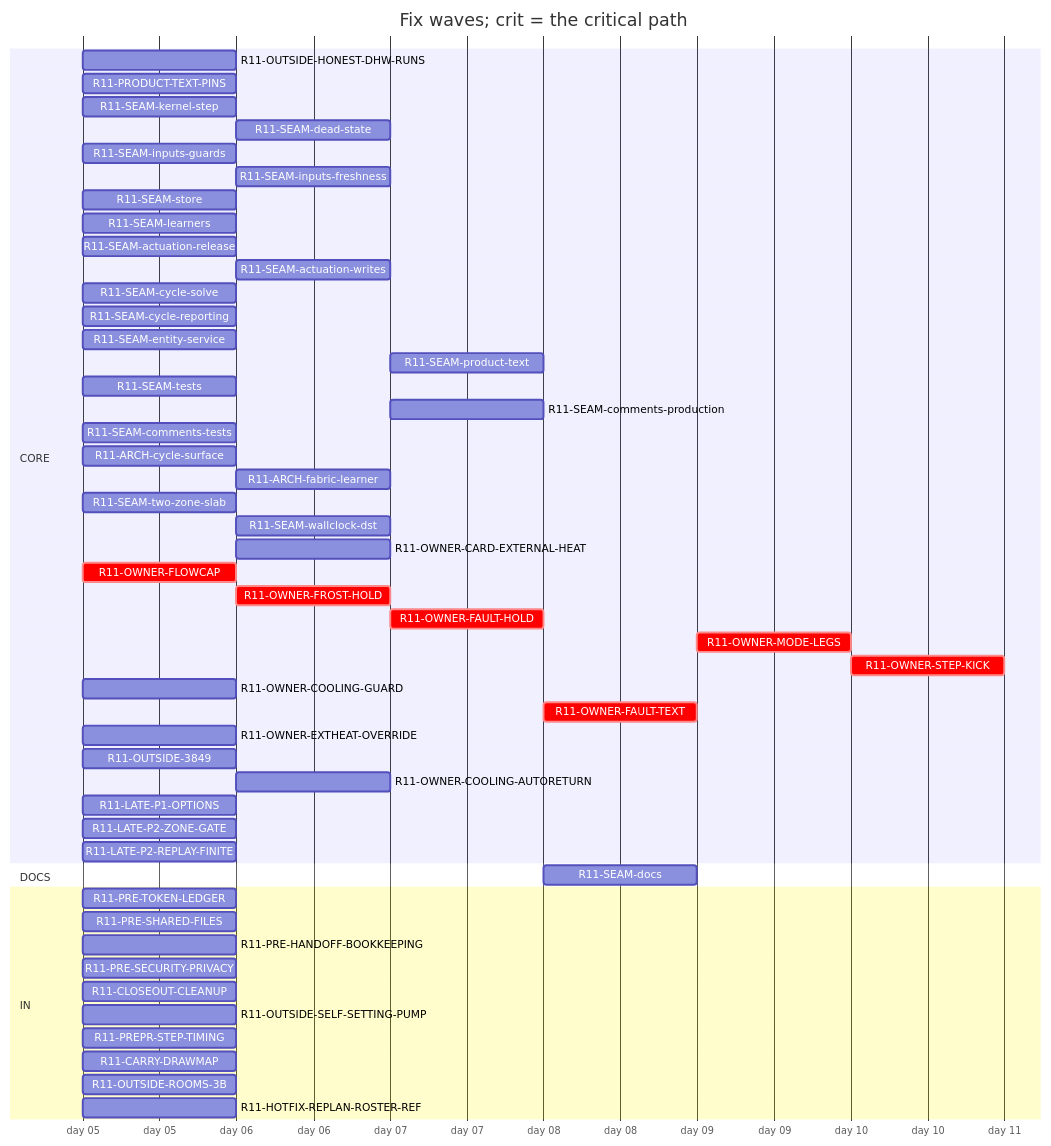
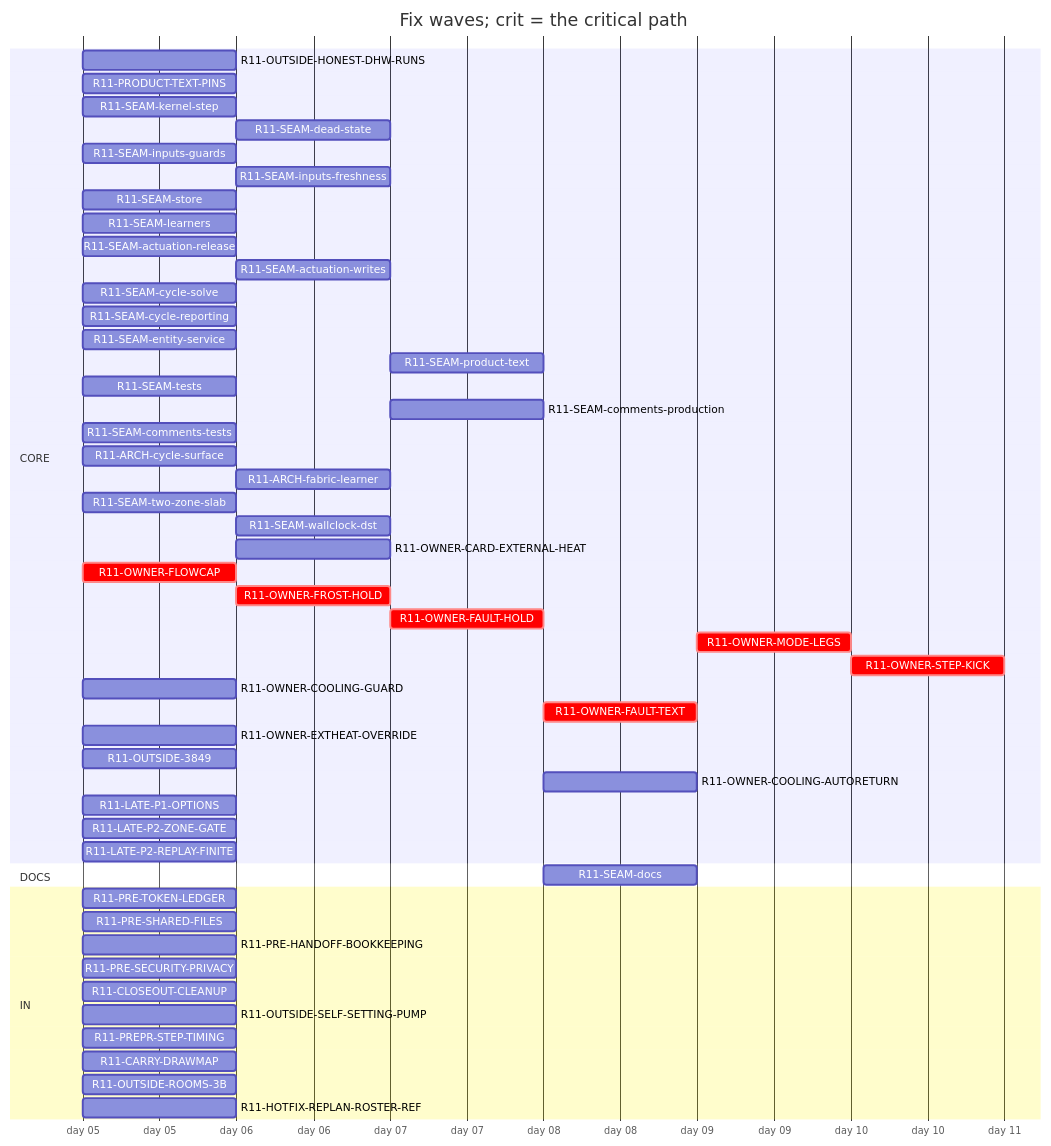
One commit to tvofi/heatpump_optimizer changed the diagram in handoff/round11/state/PLAN-TABLE.md. Above: the diagram before and after it, drawn with Mermaid. The commit also changed other lines of this file and 3 other files, not shown here.

Commit message:
state: FLOW-BOARD.md, NEXT-SESSION-PROMPT.md, PLAN-TABLE.md, PLAN.html, RESUME-CURRENT.md regenerated (state_docs.py)

````diff
--- a/handoff/round11/state/PLAN-TABLE.md
+++ b/handoff/round11/state/PLAN-TABLE.md
@@ -16,55 +16,55 @@
 ```mermaid
 gantt
   title Fix waves; crit = the critical path
   dateFormat YYYY-MM-DD
   axisFormat day %d
   section CORE
     R11-OUTSIDE-HONEST-DHW-RUNS :r11OUTSIDEHONESTDHWRUNS, 2026-01-05, 1d
     R11-PRODUCT-TEXT-PINS :r11PRODUCTTEXTPINS, 2026-01-05, 1d
     R11-SEAM-kernel-step :r11SEAMkernelstep, 2026-01-05, 1d
     R11-SEAM-dead-state :r11SEAMdeadstate, after r11SEAMstore, 1d
     R11-SEAM-inputs-guards :r11SEAMinputsguards, 2026-01-05, 1d
     R11-SEAM-inputs-freshness :r11SEAMinputsfreshness, after r11SEAMkernelstep, 1d
     R11-SEAM-store :r11SEAMstore, 2026-01-05, 1d
     R11-SEAM-learners :r11SEAMlearners, 2026-01-05, 1d
     R11-SEAM-actuation-release :r11SEAMactuationrelease, 2026-01-05, 1d
     R11-SEAM-actuation-writes :r11SEAMactuationwrites, after r11SEAMkernelstep r11SEAMactuationrelease, 1d
     R11-SEAM-cycle-solve :r11SEAMcyclesolve, 2026-01-05, 1d
     R11-SEAM-cycle-reporting :r11SEAMcyclereporting, 2026-01-05, 1d
     R11-SEAM-entity-service :r11SEAMentityservice, 2026-01-05, 1d
     R11-SEAM-product-text :r11SEAMproducttext, after r11SEAMactuationrelease r11SEAMactuationwrites r11SEAMentityservice r11SEAMinputsguards r11SEAMinputsfreshness r11SEAMcyclesolve r11SEAMcyclereporting, 1d
     R11-SEAM-tests :r11SEAMtests, 2026-01-05, 1d
     R11-SEAM-comments-production :r11SEAMcommentsproduction, after r11SEAMactuationrelease r11SEAMactuationwrites r11SEAMentityservice r11SEAMinputsguards r11SEAMinputsfreshness r11SEAMcyclesolve r11SEAMcyclereporting, 1d
     R11-SEAM-comments-tests :r11SEAMcommentstests, 2026-01-05, 1d
     R11-ARCH-cycle-surface :r11ARCHcyclesurface, 2026-01-05, 1d
     R11-ARCH-fabric-learner :r11ARCHfabriclearner, after r11SEAMlearners, 1d
     R11-SEAM-two-zone-slab :r11SEAMtwozoneslab, 2026-01-05, 1d
     R11-SEAM-wallclock-dst :r11SEAMwallclockdst, after r11SEAMkernelstep, 1d
     R11-OWNER-CARD-EXTERNAL-HEAT :r11OWNERCARDEXTERNALHEAT, after r11OWNEREXTHEATOVERRIDE, 1d
     R11-OWNER-FLOWCAP :crit, r11OWNERFLOWCAP, 2026-01-05, 1d
     R11-OWNER-FROST-HOLD :crit, r11OWNERFROSTHOLD, after r11OWNERFLOWCAP, 1d
     R11-OWNER-FAULT-HOLD :crit, r11OWNERFAULTHOLD, after r11OWNERFROSTHOLD, 1d
     R11-OWNER-MODE-LEGS :crit, r11OWNERMODELEGS, after r11OWNERFAULTTEXT, 1d
     R11-OWNER-STEP-KICK :crit, r11OWNERSTEPKICK, after r11OWNERMODELEGS, 1d
     R11-OWNER-COOLING-GUARD :r11OWNERCOOLINGGUARD, 2026-01-05, 1d
     R11-OWNER-FAULT-TEXT :crit, r11OWNERFAULTTEXT, after r11OWNERFAULTHOLD, 1d
     R11-OWNER-EXTHEAT-OVERRIDE :r11OWNEREXTHEATOVERRIDE, 2026-01-05, 1d
     R11-OUTSIDE-3849 :r11OUTSIDE3849, 2026-01-05, 1d
-    R11-OWNER-COOLING-AUTORETURN :r11OWNERCOOLINGAUTORETURN, after r11OWNERCOOLINGGUARD, 1d
+    R11-OWNER-COOLING-AUTORETURN :r11OWNERCOOLINGAUTORETURN, after r11OWNERCOOLINGGUARD r11OWNERFAULTHOLD, 1d
     R11-LATE-P1-OPTIONS :r11LATEP1OPTIONS, 2026-01-05, 1d
     R11-LATE-P2-ZONE-GATE :r11LATEP2ZONEGATE, 2026-01-05, 1d
     R11-LATE-P2-REPLAY-FINITE :r11LATEP2REPLAYFINITE, 2026-01-05, 1d
   section DOCS
     R11-SEAM-docs :r11SEAMdocs, after r11SEAMlearners r11SEAMactuationrelease r11SEAMactuationwrites r11SEAMentityservice r11SEAMinputsguards r11SEAMinputsfreshness r11SEAMcyclesolve r11SEAMcyclereporting r11SEAMproducttext, 1d
   section IN
     R11-PRE-TOKEN-LEDGER :r11PRETOKENLEDGER, 2026-01-05, 1d
     R11-PRE-SHARED-FILES :r11PRESHAREDFILES, 2026-01-05, 1d
     R11-PRE-HANDOFF-BOOKKEEPING :r11PREHANDOFFBOOKKEEPING, 2026-01-05, 1d
     R11-PRE-SECURITY-PRIVACY :r11PRESECURITYPRIVACY, 2026-01-05, 1d
     R11-CLOSEOUT-CLEANUP :r11CLOSEOUTCLEANUP, 2026-01-05, 1d
     R11-OUTSIDE-SELF-SETTING-PUMP :r11OUTSIDESELFSETTINGPUMP, 2026-01-05, 1d
     R11-PREPR-STEP-TIMING :r11PREPRSTEPTIMING, 2026-01-05, 1d
     R11-CARRY-DRAWMAP :r11CARRYDRAWMAP, 2026-01-05, 1d
     R11-OUTSIDE-ROOMS-3B :r11OUTSIDEROOMS3B, 2026-01-05, 1d
     R11-HOTFIX-REPLAN-ROSTER-REF :r11HOTFIXREPLANROSTERREF, 2026-01-05, 1d
 ```
````
